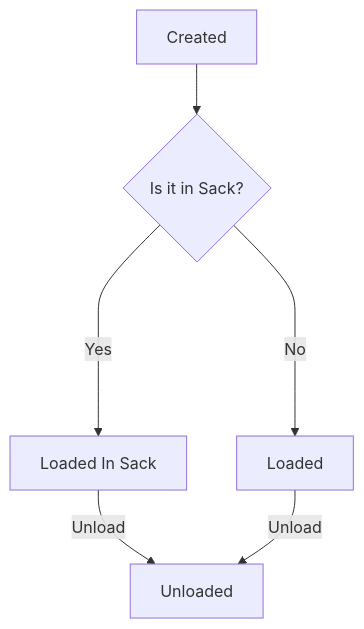
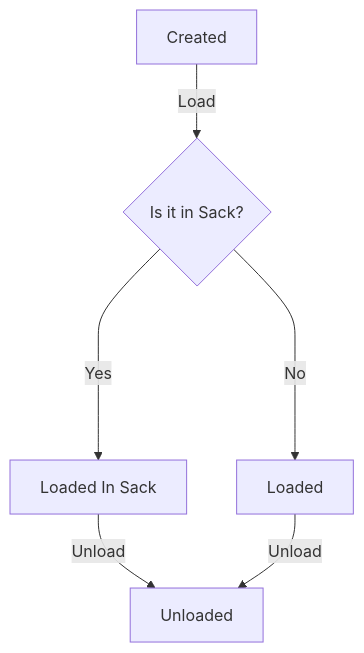
Before and after one commit to nour-s/fleet-management: the first of 2 diagrams in readme.md, drawn with Mermaid. The commit also changed other lines of this file and 1 other file, not shown here.

Commit message:
create class diagram

````diff
--- a/readme.md
+++ b/readme.md
@@ -60,8 +60,8 @@
 ```mermaid
 flowchart TD
-    A[Created] --> B{Is it in Sack?}
+    A[Created] -->|Load| B{Is it in Sack?}
     B -->|Yes| C[Loaded In Sack]
     B ---->|No| E[Loaded]
     C -->|Unload| F[Unloaded]
     E -->|Unload| F[Unloaded]
 ```
````
